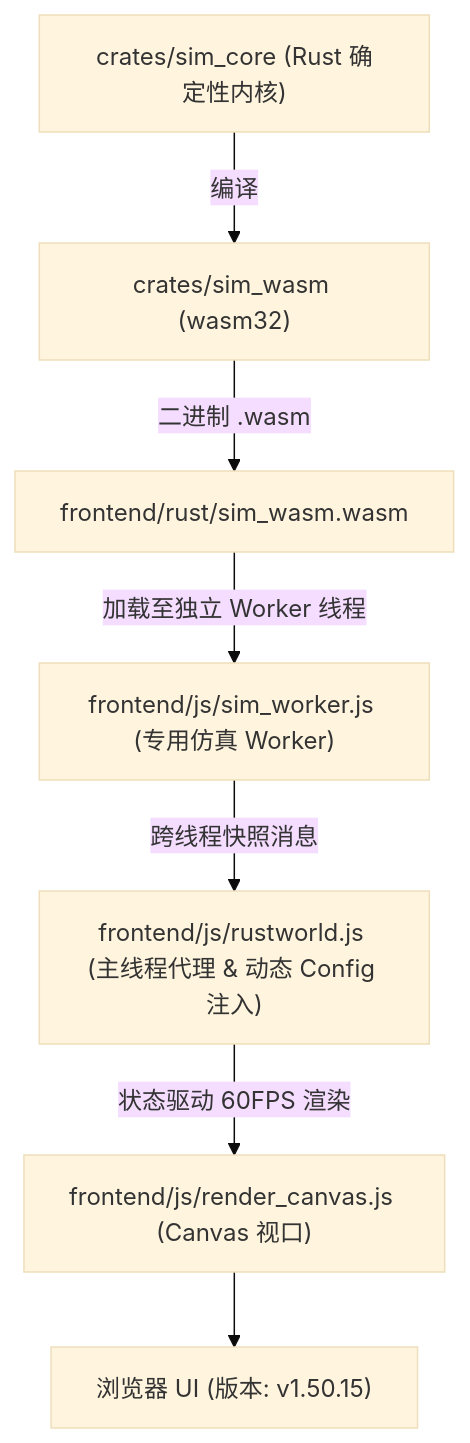
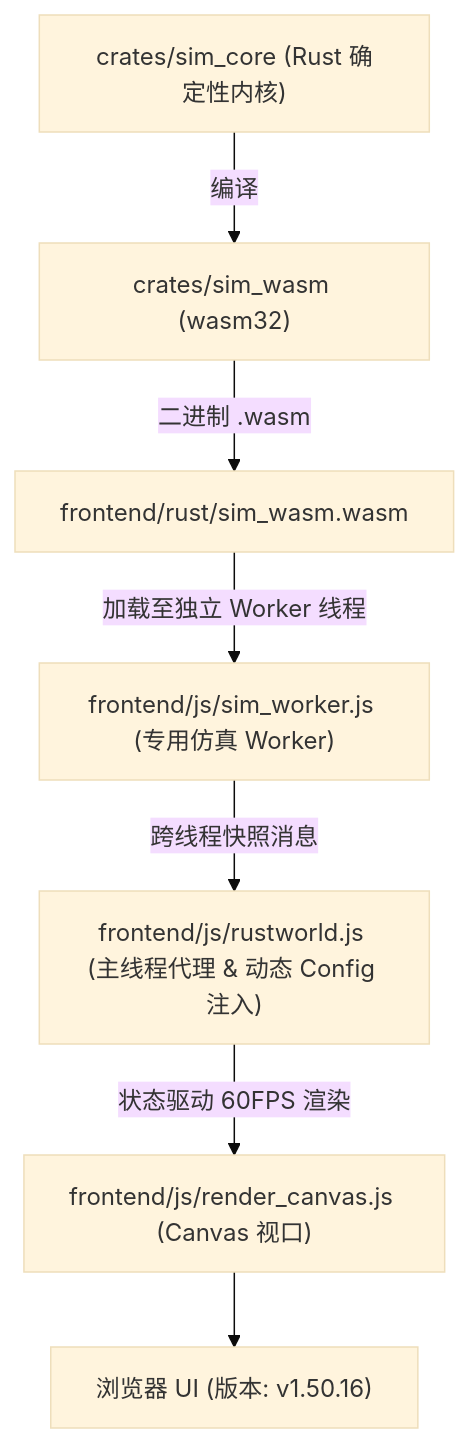
Before and after one commit to g39088902/FlowAndAccord: the diagram in AGENTS.md, drawn with Mermaid (base theme). The commit also changed other lines of this file and 20 other files, not shown here.

First line of the commit message:
v1.50.16 地图图鉴接入正式渲染管线：world_create_map + ?mapOnly=1 只读嵌入

````diff
--- a/AGENTS.md
+++ b/AGENTS.md
@@ -62,9 +62,9 @@
 ```mermaid
 graph TD
     A["crates/sim_core (Rust 确定性内核)"] -->|编译| B["crates/sim_wasm (wasm32)"]
     B -->|二进制 .wasm| C["frontend/rust/sim_wasm.wasm"]
     C -->|加载至独立 Worker 线程| D["frontend/js/sim_worker.js (专用仿真 Worker)"]
     D -->|跨线程快照消息| E["frontend/js/rustworld.js (主线程代理 & 动态 Config 注入)"]
     E -->|状态驱动 60FPS 渲染| F["frontend/js/render_canvas.js (Canvas 视口)"]
-    F --> G["浏览器 UI (版本: v1.50.15)"]
+    F --> G["浏览器 UI (版本: v1.50.16)"]
 ```
````
